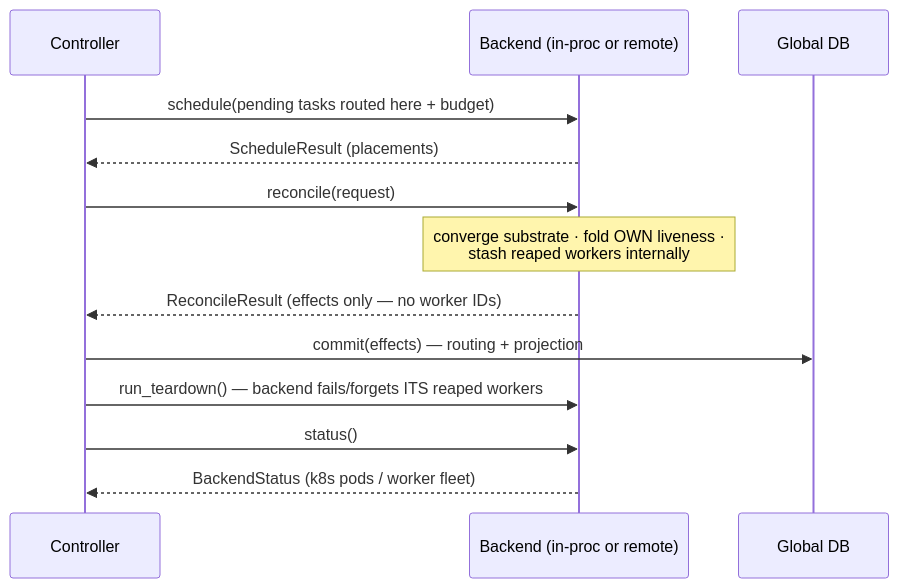
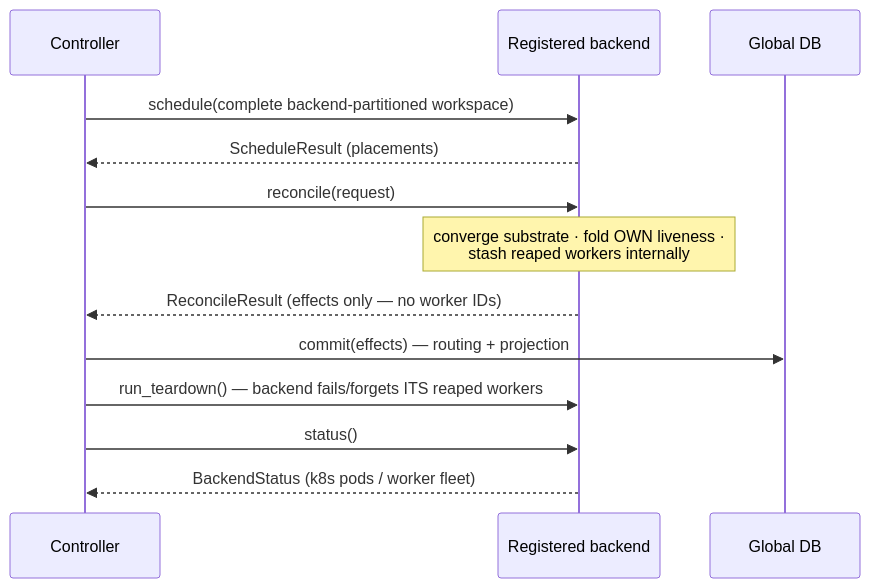
Before and after one commit to marin-community/marin: the third of 3 diagrams in lib/iris/docs/multi_backend.md, drawn with Mermaid. The commit also changed other lines of this file and 32 other files, not shown here.

````diff
--- a/lib/iris/docs/multi_backend.md
+++ b/lib/iris/docs/multi_backend.md
@@ -103,15 +98,15 @@
 ```mermaid
 sequenceDiagram
     participant C as Controller
-    participant B as Backend (in-proc or remote)
+    participant B as Registered backend
     participant DB as Global DB
-    C->>B: schedule(pending tasks routed here + budget)
+    C->>B: schedule(complete backend-partitioned workspace)
     B-->>C: ScheduleResult (placements)
     C->>B: reconcile(request)
     Note over B: converge substrate · fold OWN liveness ·<br/>stash reaped workers internally
     B-->>C: ReconcileResult (effects only — no worker IDs)
     C->>DB: commit(effects) — routing + projection
     C->>B: run_teardown() — backend fails/forgets ITS reaped workers
     C->>B: status()
     B-->>C: BackendStatus (k8s pods / worker fleet)
 ```
````
